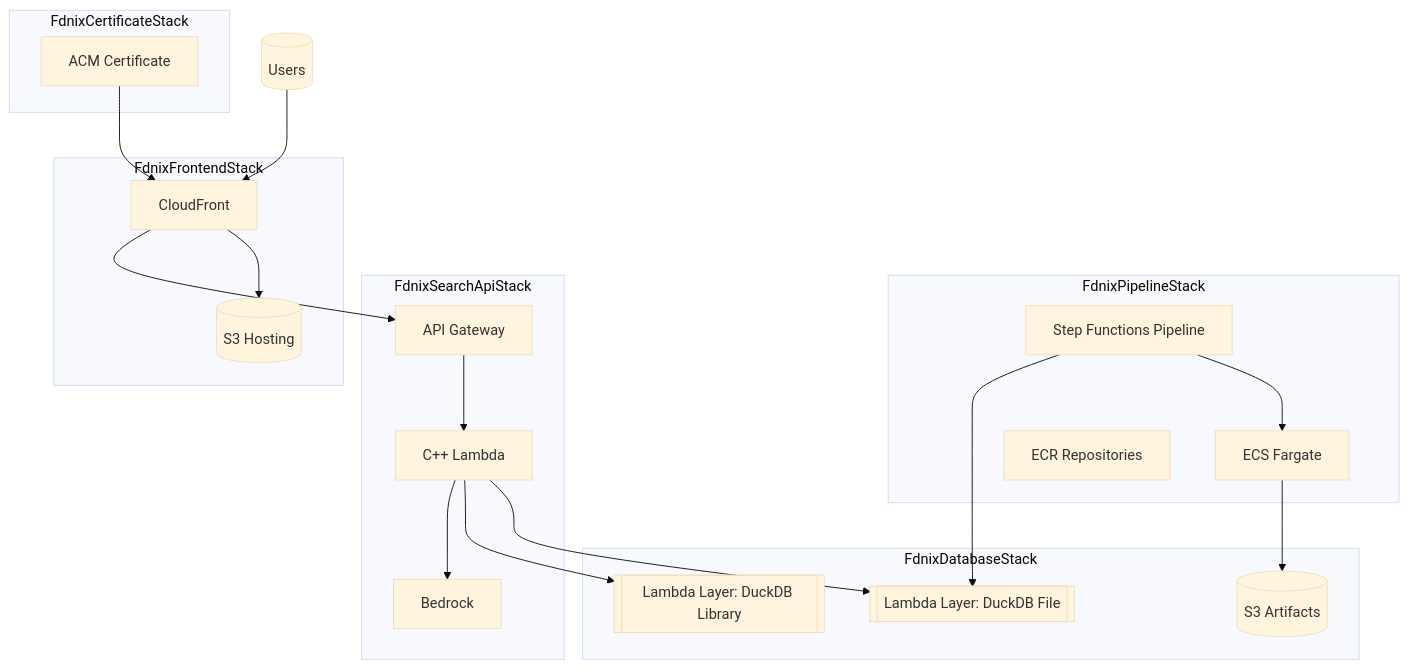
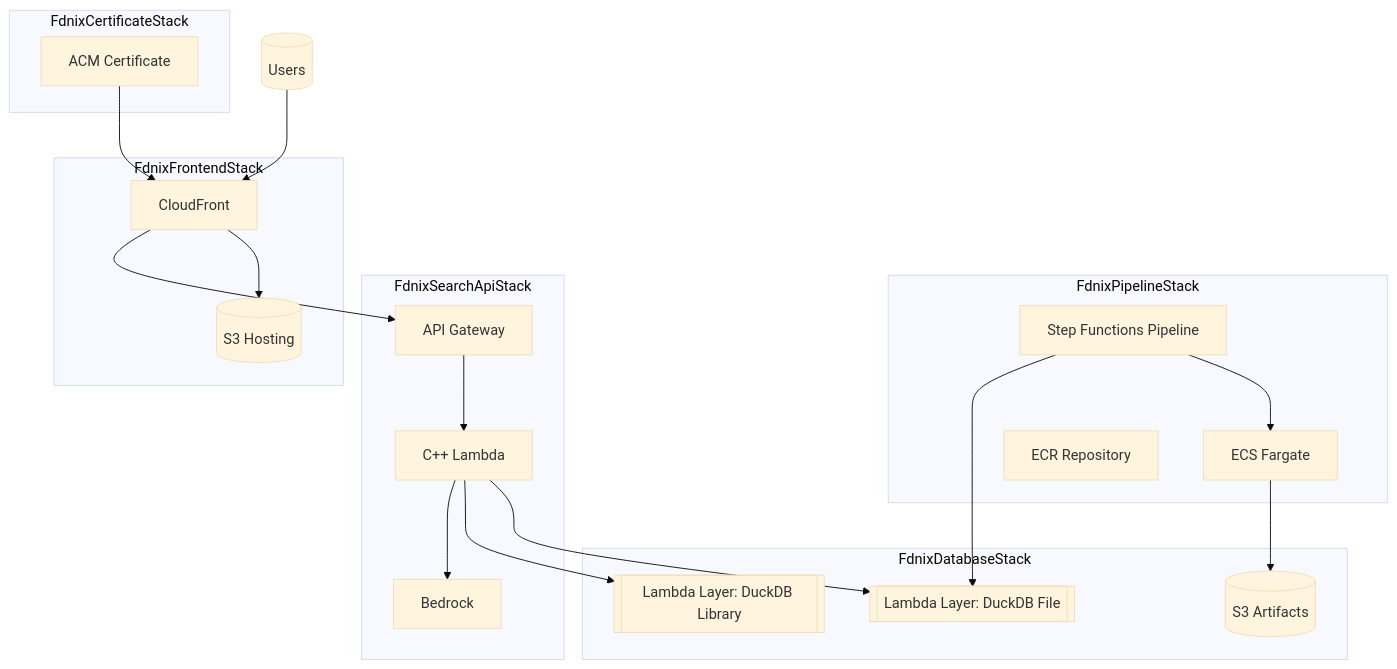
The first of 4 diagrams in packages/cdk/README.md (james-ralph8555/fdnix), drawn with Mermaid (base theme) before and after one commit. The commit also changed other lines of this file and 1 other file, not shown here.

````diff
--- a/packages/cdk/README.md
+++ b/packages/cdk/README.md
@@ -17,43 +17,43 @@
 ```mermaid
 graph TD
     subgraph "FdnixCertificateStack"
         cert[ACM Certificate]
     end
 
     subgraph "FdnixDatabaseStack"
         s3_artifacts[(S3 Artifacts)]
         db_layer[[Lambda Layer: DuckDB File]]
         db_lib_layer[[Lambda Layer: DuckDB Library]]
     end
 
     subgraph "FdnixPipelineStack"
         sfn[Step Functions Pipeline]
         ecs[ECS Fargate]
-        ecr[ECR Repositories]
+        ecr[ECR Repository]
     end
 
     subgraph "FdnixSearchApiStack"
         api[API Gateway]
         lambda[C++ Lambda]
         bedrock[Bedrock]
     end
 
     subgraph "FdnixFrontendStack"
         cf[CloudFront]
         s3_hosting[(S3 Hosting)]
     end
 
     user[(Users)] --> cf
     cf --> s3_hosting
     cf --> api
     api --> lambda
     lambda --> db_layer
     lambda --> db_lib_layer
     lambda --> bedrock
 
     sfn --> ecs
     ecs --> s3_artifacts
     sfn --> db_layer
 
     cert --> cf
 ```
````
